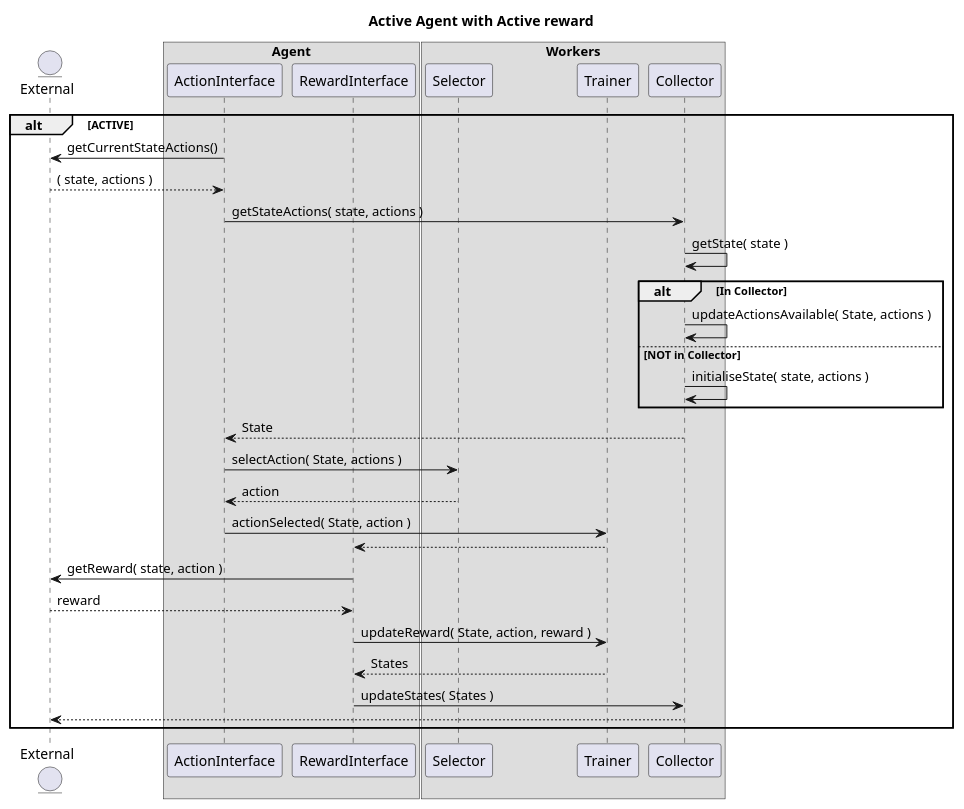
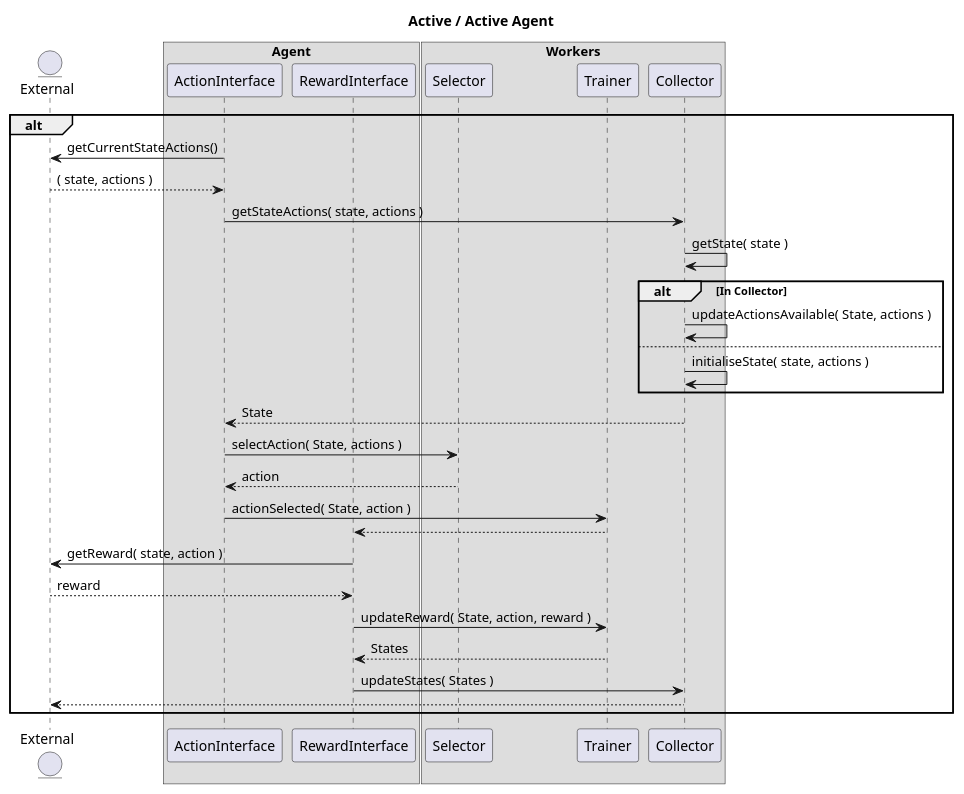
The diagram in Uml/SequenceDiagram/Agent AA.plantuml (vhorta73/RL-Perl), drawn with PlantUML before and after one commit. The commit also changed 3 other files, not shown here.

```diff
--- a/Uml/SequenceDiagram/Agent AA.plantuml
+++ b/Uml/SequenceDiagram/Agent AA.plantuml
@@ -1,43 +1,43 @@
 @startuml
 
-title Active Agent with Active reward
+title Active / Active Agent 
 
 entity External
 
 box "Agent"
   participant ActionInterface 
   participant RewardInterface 
 end box
 
 box "Workers"
   participant Selector 
   participant Trainer
   participant Collector
 end box
 
-alt ACTIVE
+alt 
   External          <- ActionInterface : getCurrentStateActions()
   External         --> ActionInterface : ( state, actions )
   ActionInterface   -> Collector : getStateActions( state, actions )
   Collector         -> Collector : getState( state )
 
   alt In Collector
     Collector   -> Collector : updateActionsAvailable( State, actions )
-  else NOT in Collector
+  else
     Collector   -> Collector : initialiseState( state, actions )
   end
 
   ActionInterface    <-- Collector : State
   ActionInterface     -> Selector  : selectAction( State, actions )
   ActionInterface    <-- Selector  : action
   ActionInterface     -> Trainer   : actionSelected( State, action )
   RewardInterface    <-- Trainer
   External            <- RewardInterface : getReward( state, action )
   External           --> RewardInterface : reward
   RewardInterface     -> Trainer   : updateReward( State, action, reward )
   RewardInterface    <-- Trainer   : States
   RewardInterface     -> Collector : updateStates( States )
   External           <-- Collector 
 end
 
 @enduml
```
